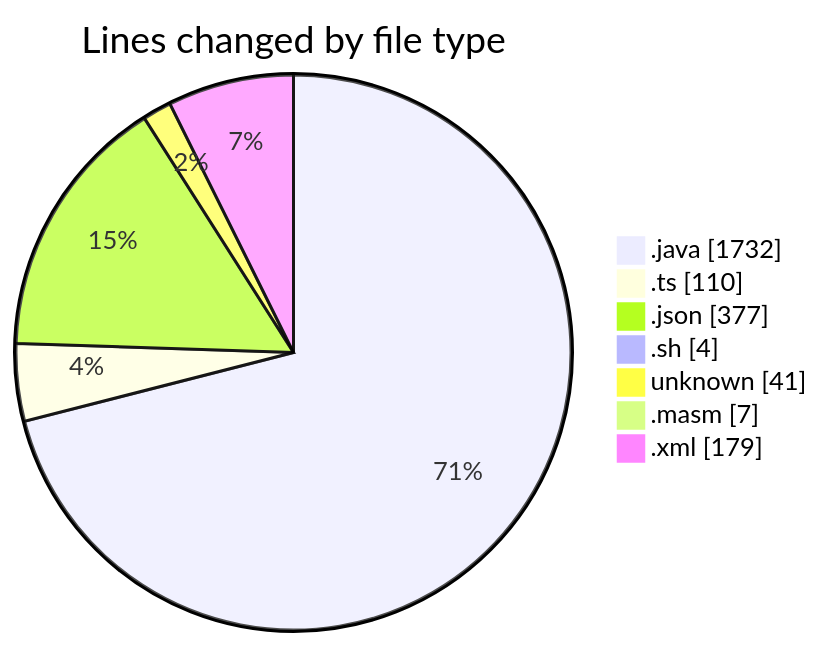
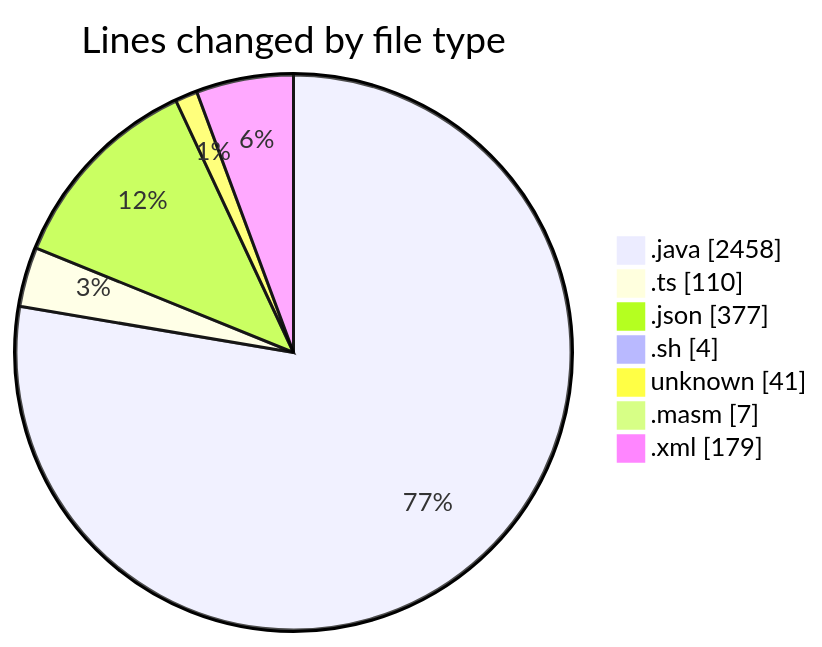
The first of 2 diagrams in 2025-02-20/micros/README.md (charlie-sans/code-tracking), drawn with Mermaid before and after one commit. The commit also changed other lines of this file and 1 other file, not shown here.

````diff
--- a/2025-02-20/micros/README.md
+++ b/2025-02-20/micros/README.md
@@ -36,11 +38,11 @@
 ```mermaid
 pie showData
 title Lines changed by file type
-".java" : 1732
+".java" : 2458
 ".ts" : 110
 ".json" : 377
 ".sh" : 4
 "unknown" : 41
 ".masm" : 7
 ".xml" : 179
 ```
````
